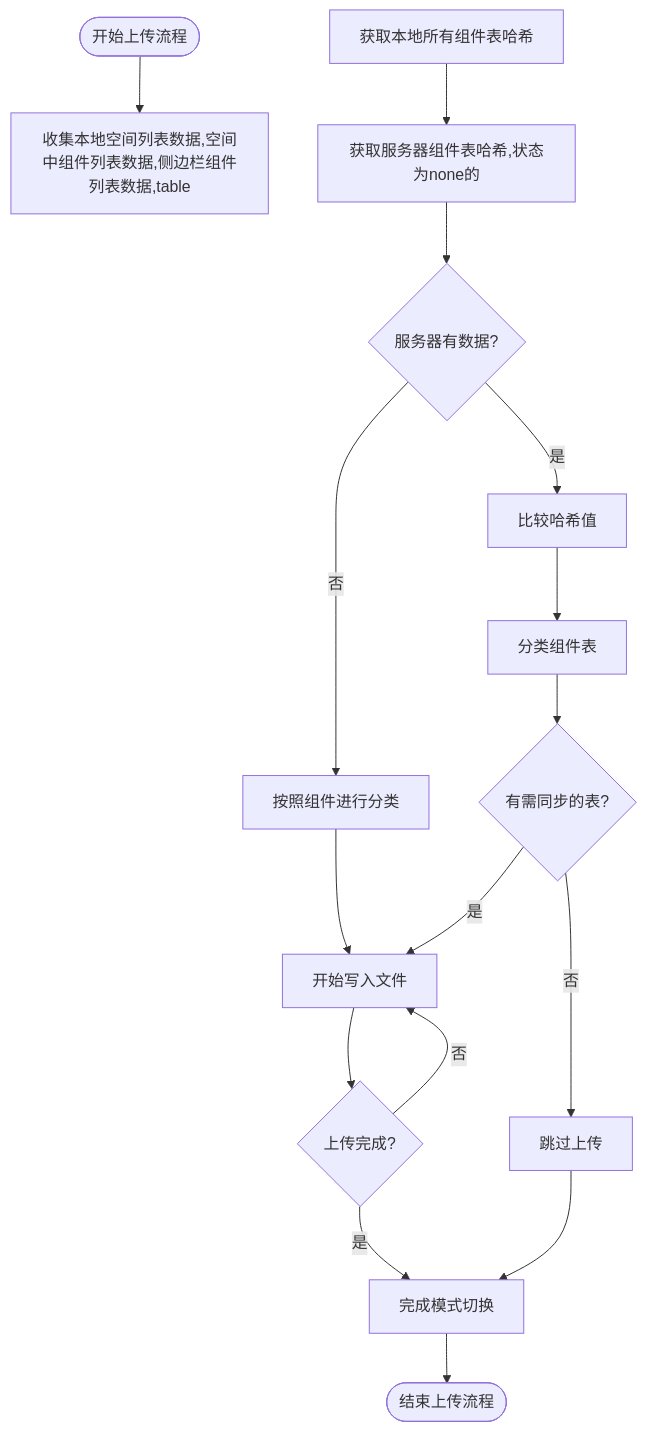
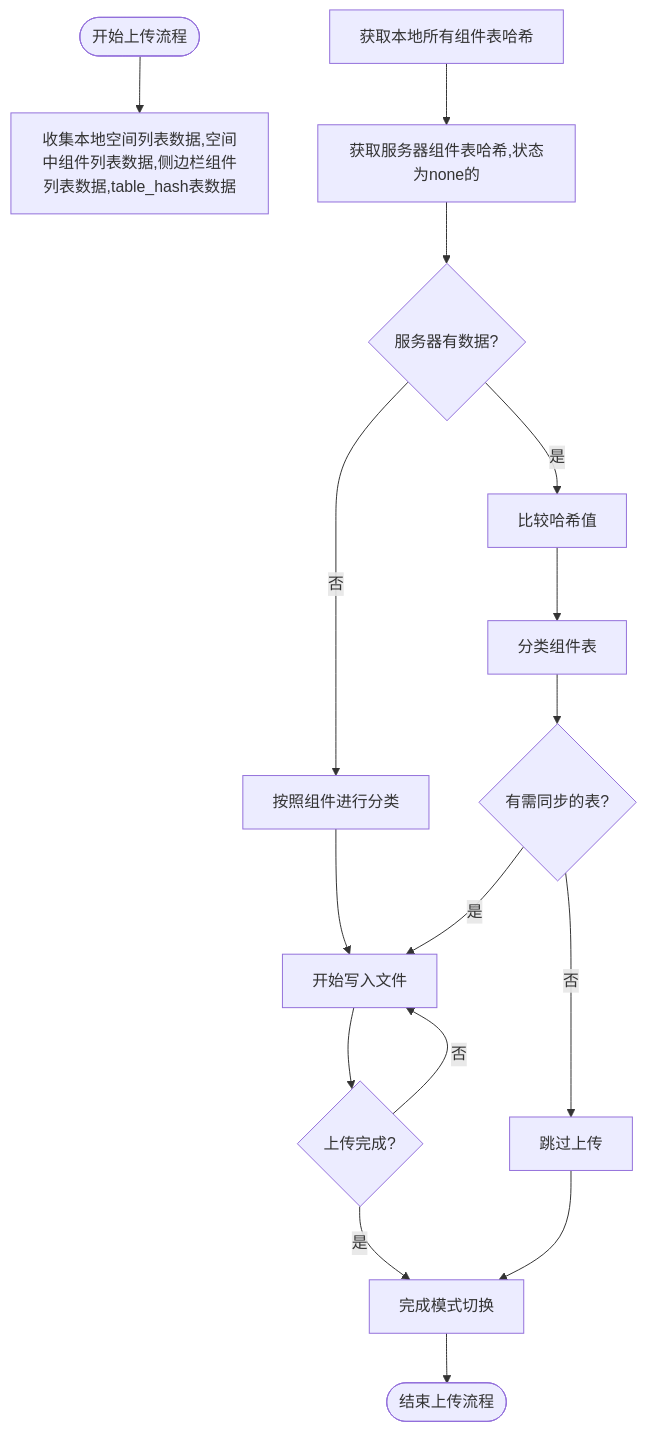
One commit to yingjianzh/iodraw-files changed the diagram in all/未命名-59.md. Above: the diagram before and after it, drawn with Mermaid.

Commit message:
2025-05-14 15:50:56 update

````diff
--- a/all/未命名-59.md
+++ b/all/未命名-59.md
@@ -1,33 +1,34 @@
 ```mermaid
 
 flowchart TD
-    Start([开始上传流程]) --> CollectData[收集本地空间列表数据,空间中组件列表数据,侧边栏组件列表数据,table]
+    Start([开始上传流程]) --> CollectData[收集本地空间列表数据,空间中组件列表数据,侧边栏组件列表数据,table_hash表数据]
+    
     CollectLocalHashes[获取本地所有组件表哈希]
     CollectLocalHashes --> FetchServerHashes[获取服务器组件表哈希,状态为none的]
     
     FetchServerHashes --> ServerHasData{服务器有数据?}
     
     ServerHasData -->|是| CompareHashes[比较哈希值]
     ServerHasData -->|否| ClassifyTables2[按照组件进行分类]
     ClassifyTables2 --> StartBatching[开始写入文件]
     
     CompareHashes --> ClassifyTables[分类组件表]
     ClassifyTables --> HasChanges{有需同步的表?}
     
     HasChanges -->|否| SkipUpload[跳过上传]
     HasChanges -->|是| StartBatching
     
     StartBatching --> UploadComplete{上传完成?}
 
 
     UploadComplete -->|是| FinalizeMode[完成模式切换]
     UploadComplete -->|否| StartBatching
 
     
     
     FinalizeMode --> End([结束上传流程])
     
     SkipUpload --> FinalizeMode
 
 
 ```
````
